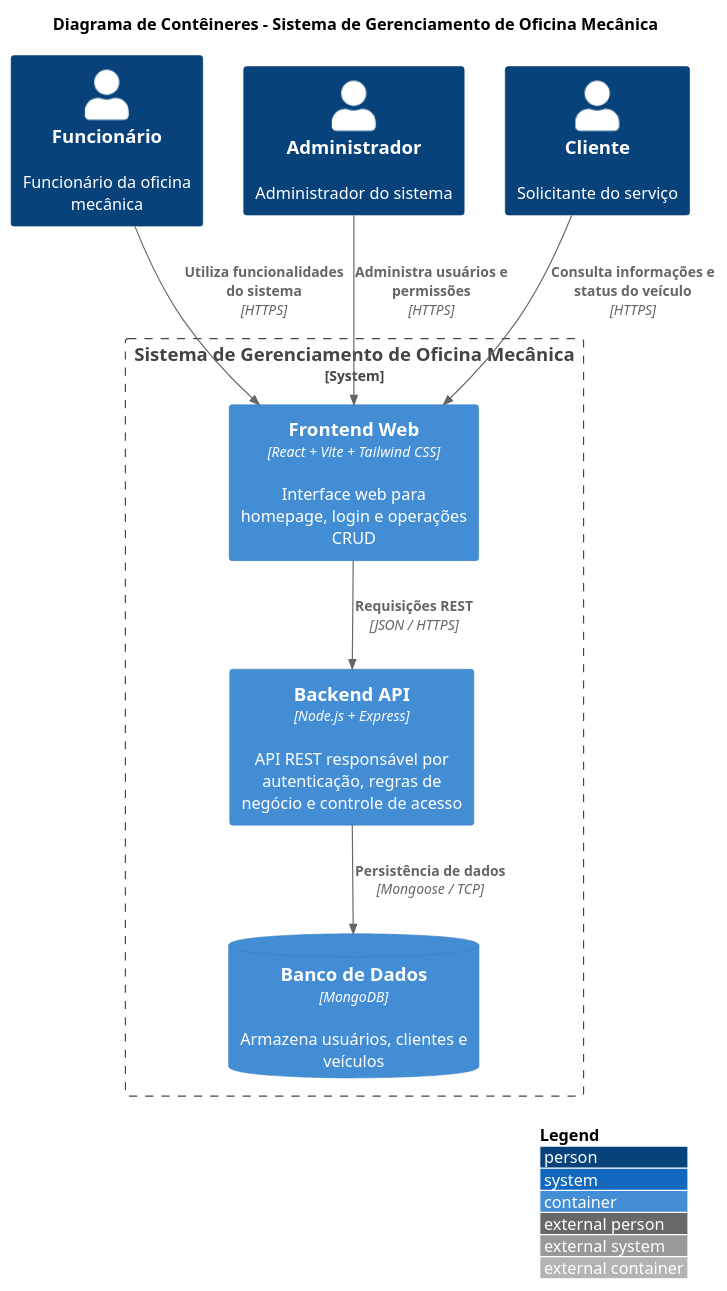
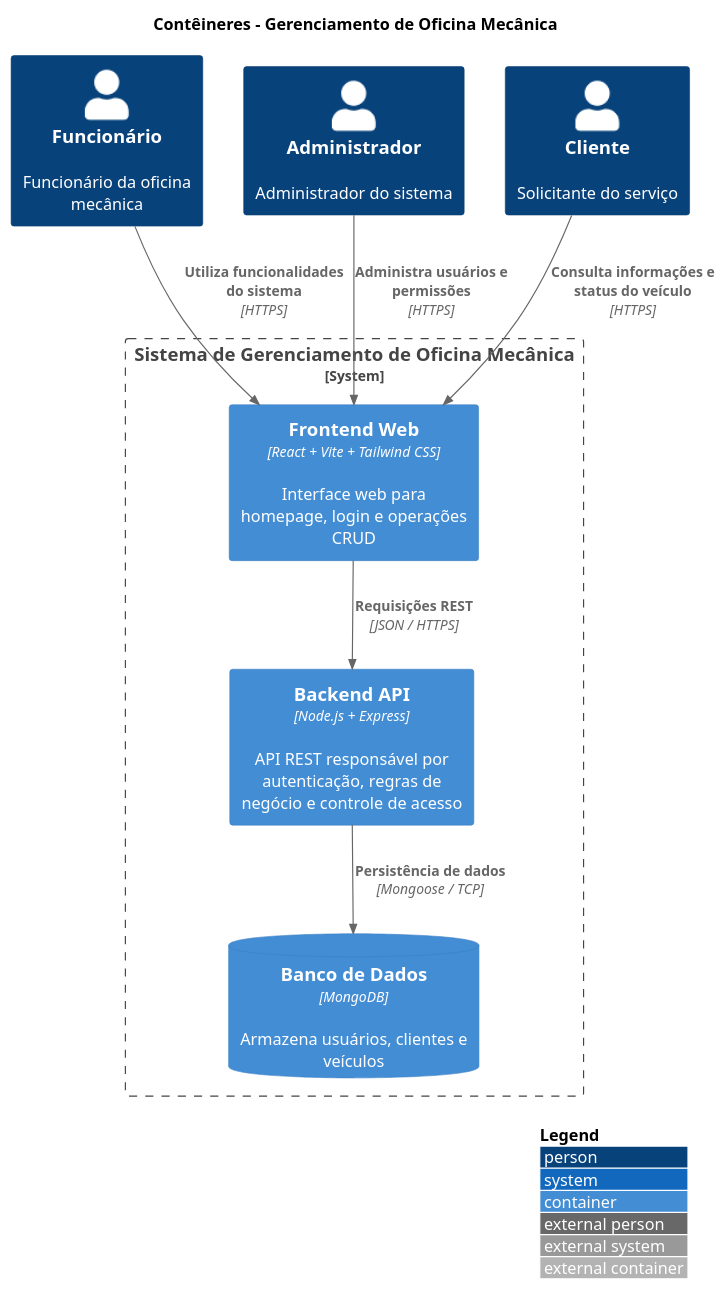
The diagram in docs/c4-nivel2-container.puml (joaopedroangelico/Estrutura_Web_Modelo_CRUD), drawn with PlantUML before and after one commit.

Commit message:
Update title in C4 container diagram

```diff
--- a/docs/c4-nivel2-container.puml
+++ b/docs/c4-nivel2-container.puml
@@ -1,23 +1,23 @@
 @startuml Nivel2
 !include https://raw.githubusercontent.com/RicardoNiepel/C4-PlantUML/master/C4_Container.puml
 
-title Diagrama de Contêineres - Sistema de Gerenciamento de Oficina Mecânica
+title Contêineres - Gerenciamento de Oficina Mecânica
 
 Person(Funcionario, "Funcionário", "Funcionário da oficina mecânica")
 Person(Admin, "Administrador", "Administrador do sistema")
 Person(Cliente, "Cliente", "Solicitante do serviço")
 
 System_Boundary(Sistemaoficina, "Sistema de Gerenciamento de Oficina Mecânica") {
   Container(FrontendWeb, "Frontend Web", "React + Vite + Tailwind CSS", "Interface web para homepage, login e operações CRUD")
   Container(BackendAPI, "Backend API", "Node.js + Express", "API REST responsável por autenticação, regras de negócio e controle de acesso")
   ContainerDb(Database, "Banco de Dados", "MongoDB", "Armazena usuários, clientes e veículos")
 }
 
 Rel(Cliente, FrontendWeb, "Consulta informações e status do veículo", "HTTPS")
 Rel(Funcionario, FrontendWeb, "Utiliza funcionalidades do sistema", "HTTPS")
 Rel(Admin, FrontendWeb, "Administra usuários e permissões", "HTTPS")
 Rel(FrontendWeb, BackendAPI, "Requisições REST", "JSON / HTTPS")
 Rel(BackendAPI, Database, "Persistência de dados", "Mongoose / TCP")
 
 LAYOUT_WITH_LEGEND()
 @enduml
```
